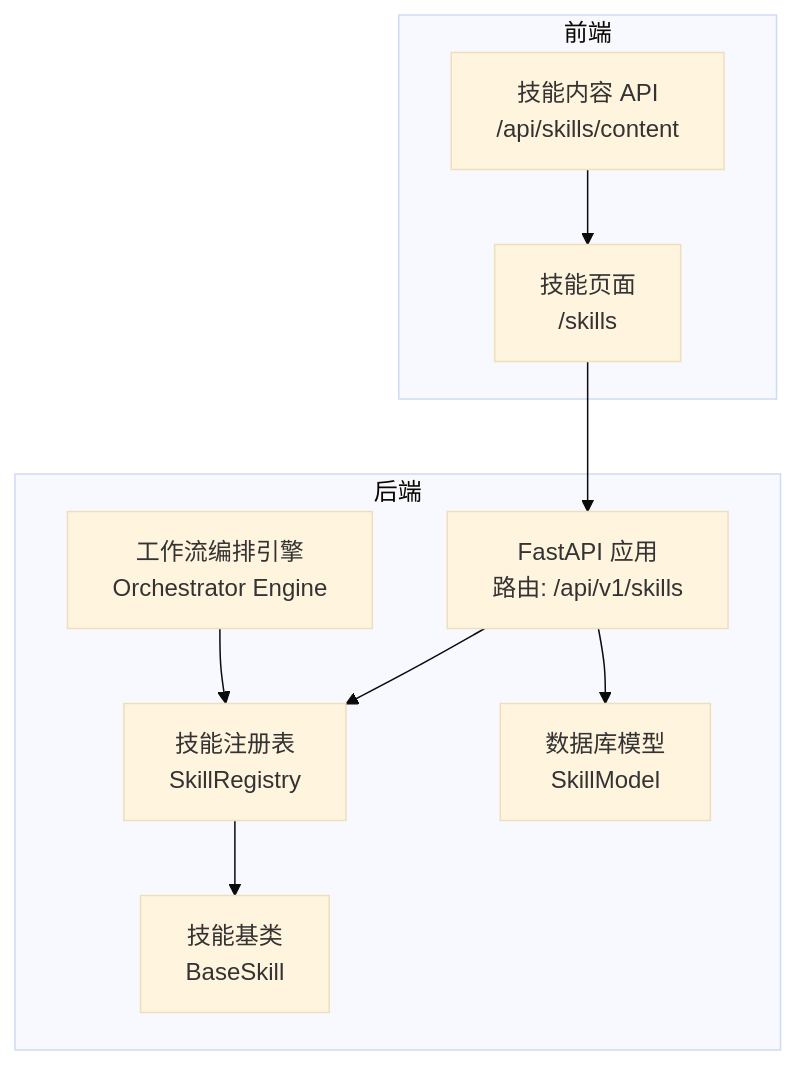
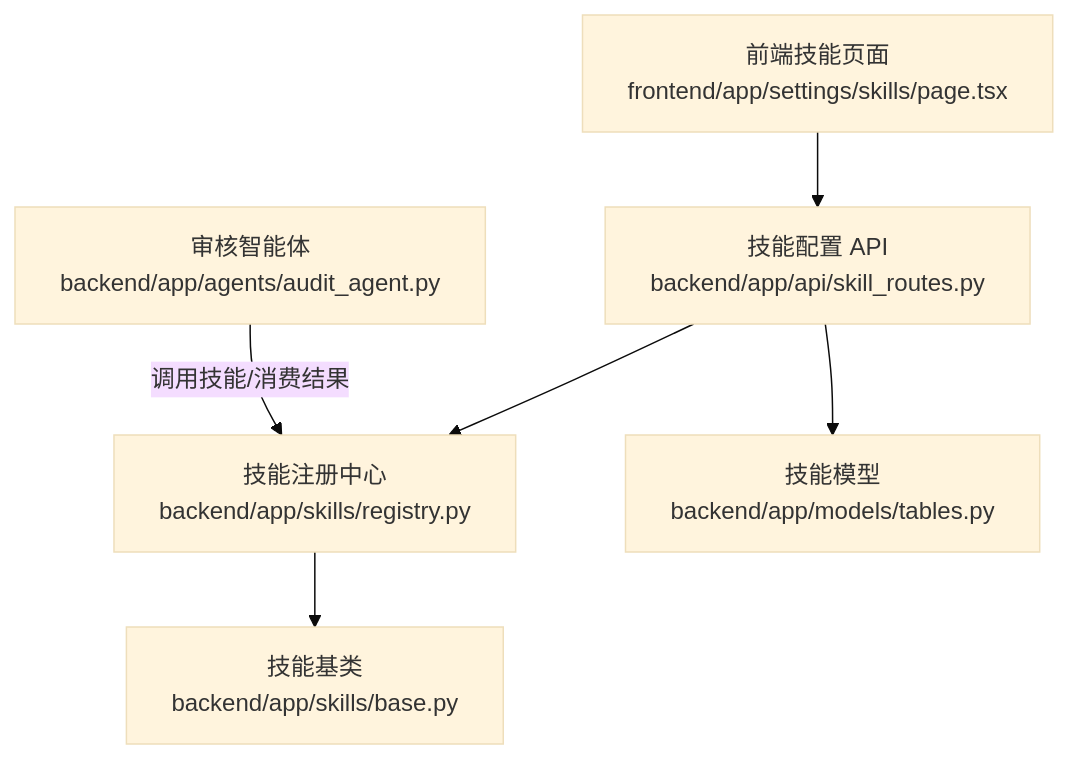
Before and after one commit to sansansansansan2022-web/hotclaw: the first of 7 diagrams in .qoder/repowiki/zh/content/技能系统/内置技能实现/内置技能实现.md, drawn with Mermaid (base theme). The commit also changed other lines of this file and 288 other files, not shown here.

````diff
--- a/.qoder/repowiki/zh/content/技能系统/内置技能实现/内置技能实现.md
+++ b/.qoder/repowiki/zh/content/技能系统/内置技能实现/内置技能实现.md
@@ -40,20 +40,8 @@
 ```mermaid
 graph TB
-subgraph "后端"
-A["FastAPI 应用<br/>路由: /api/v1/skills"]
-B["技能注册表<br/>SkillRegistry"]
-C["技能基类<br/>BaseSkill"]
-D["数据库模型<br/>SkillModel"]
-E["工作流编排引擎<br/>Orchestrator Engine"]
-end
-subgraph "前端"
-F["技能页面<br/>/skills"]
-G["技能内容 API<br/>/api/skills/content"]
-end
-A --> B
-B --> C
-A --> D
-E --> B
-F --> A
-G --> F
+FE["前端技能页面<br/>frontend/app/settings/skills/page.tsx"] --> API["技能配置 API<br/>backend/app/api/skill_routes.py"]
+API --> REG["技能注册中心<br/>backend/app/skills/registry.py"]
+REG --> BASE["技能基类<br/>backend/app/skills/base.py"]
+API --> MODELS["技能模型<br/>backend/app/models/tables.py"]
+AUDIT["审核智能体<br/>backend/app/agents/audit_agent.py"] --> |"调用技能/消费结果"| REG
 ```
````
